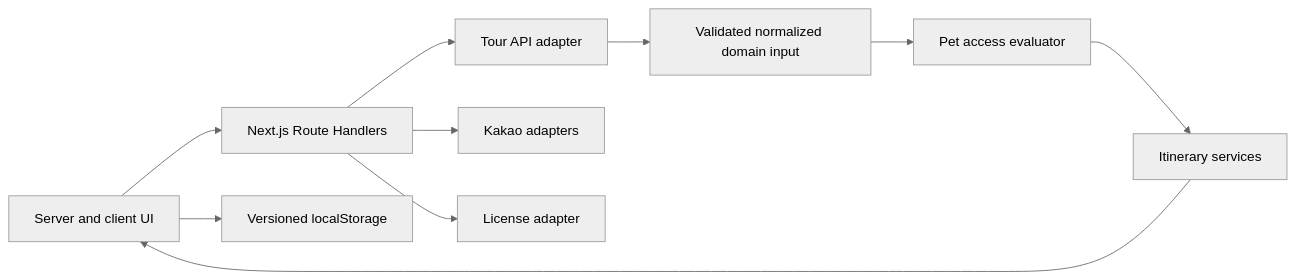
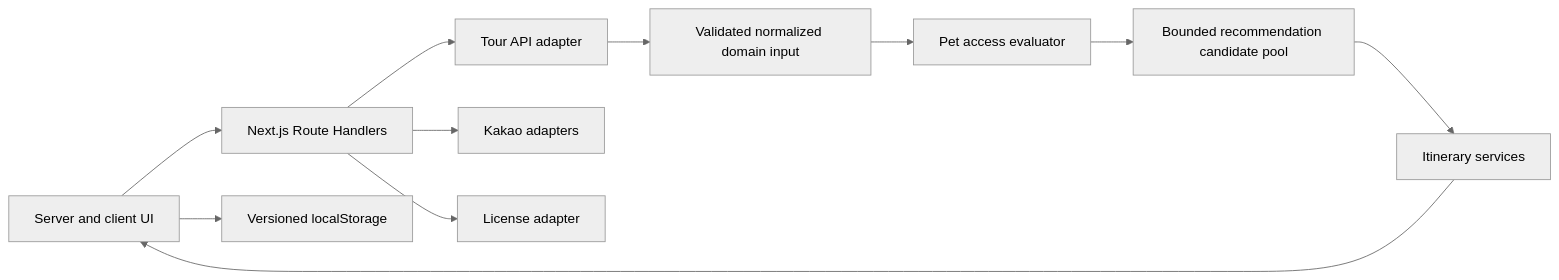
Before and after one commit to pjh2558831-boop/PetPass: the diagram in docs/architecture.md, drawn with Mermaid (neutral theme). The commit also changed other lines of this file and 24 other files, not shown here.

````diff
--- a/docs/architecture.md
+++ b/docs/architecture.md
@@ -15,12 +16,13 @@
 ```mermaid
 flowchart LR
   UI["Server and client UI"] --> RH["Next.js Route Handlers"]
   RH --> TA["Tour API adapter"]
   RH --> KA["Kakao adapters"]
   RH --> LA["License adapter"]
   TA --> N["Validated normalized domain input"]
   N --> PA["Pet access evaluator"]
-  PA --> IT["Itinerary services"]
+  PA --> RC["Bounded recommendation candidate pool"]
+  RC --> IT["Itinerary services"]
   IT --> UI
   UI --> LS["Versioned localStorage"]
 ```
````
